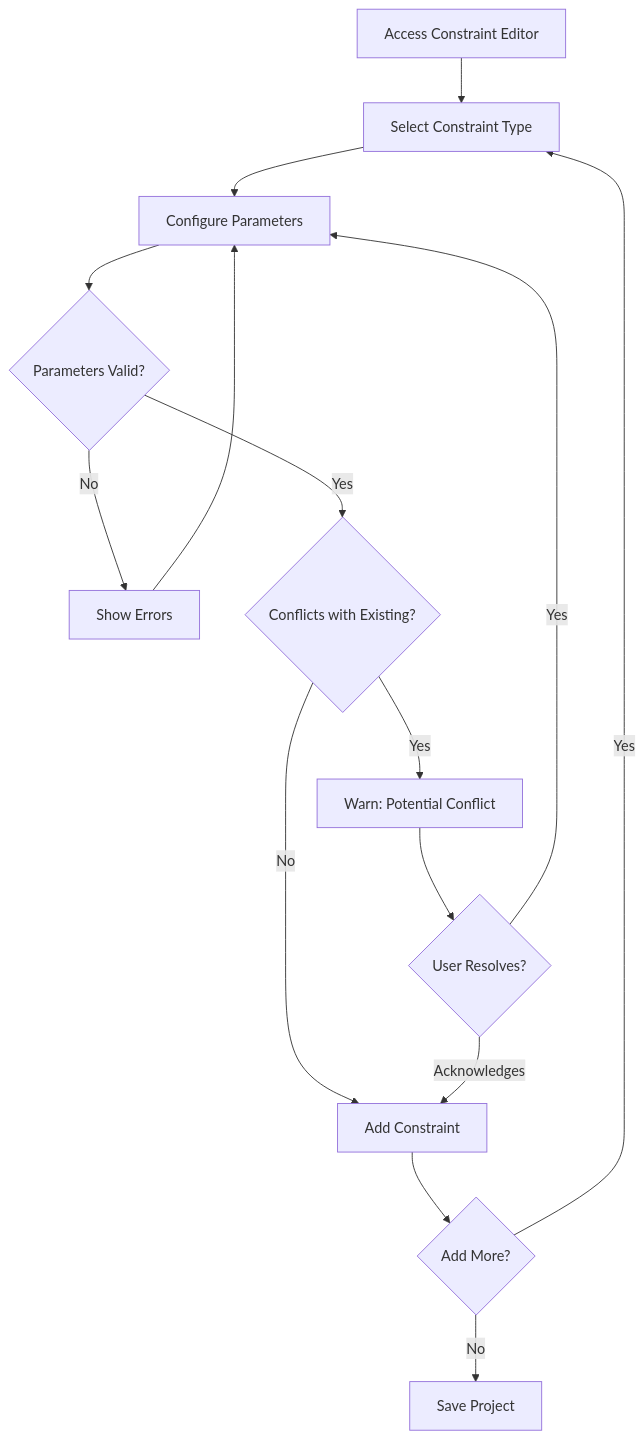
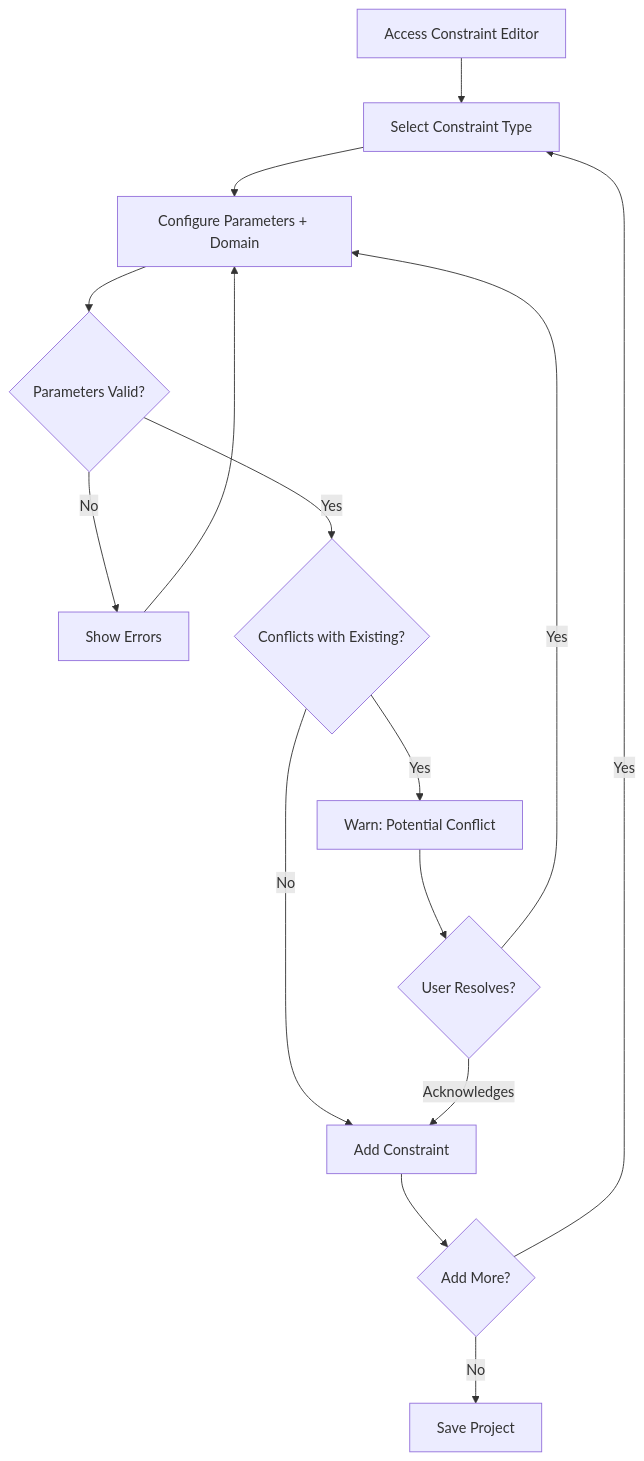
Before and after one commit to Danweel/LatticeLang: the diagram in docs/source/use_cases/user_goal_level/UC-03_define_phonotactic_constraints.rst, drawn with Mermaid. The commit also changed other lines of this file and 151 other files, not shown here.

```diff
--- a/docs/source/use_cases/user_goal_level/UC-03_define_phonotactic_constraints.rst
+++ b/docs/source/use_cases/user_goal_level/UC-03_define_phonotactic_constraints.rst
@@ -194,17 +244,17 @@
 .. mermaid::
 
    graph TD
        A[Access Constraint Editor] --> B[Select Constraint Type]
-       B --> C[Configure Parameters]
+       B --> C[Configure Parameters + Domain]
        C --> D{Parameters Valid?}
        D -->|No| E[Show Errors]
        E --> C
        D -->|Yes| F{Conflicts with Existing?}
        F -->|No| G[Add Constraint]
        F -->|Yes| H[Warn: Potential Conflict]
        H --> I{User Resolves?}
        I -->|Yes| C
        I -->|Acknowledges| G
        G --> J{Add More?}
        J -->|Yes| B
        J -->|No| K[Save Project]
```
